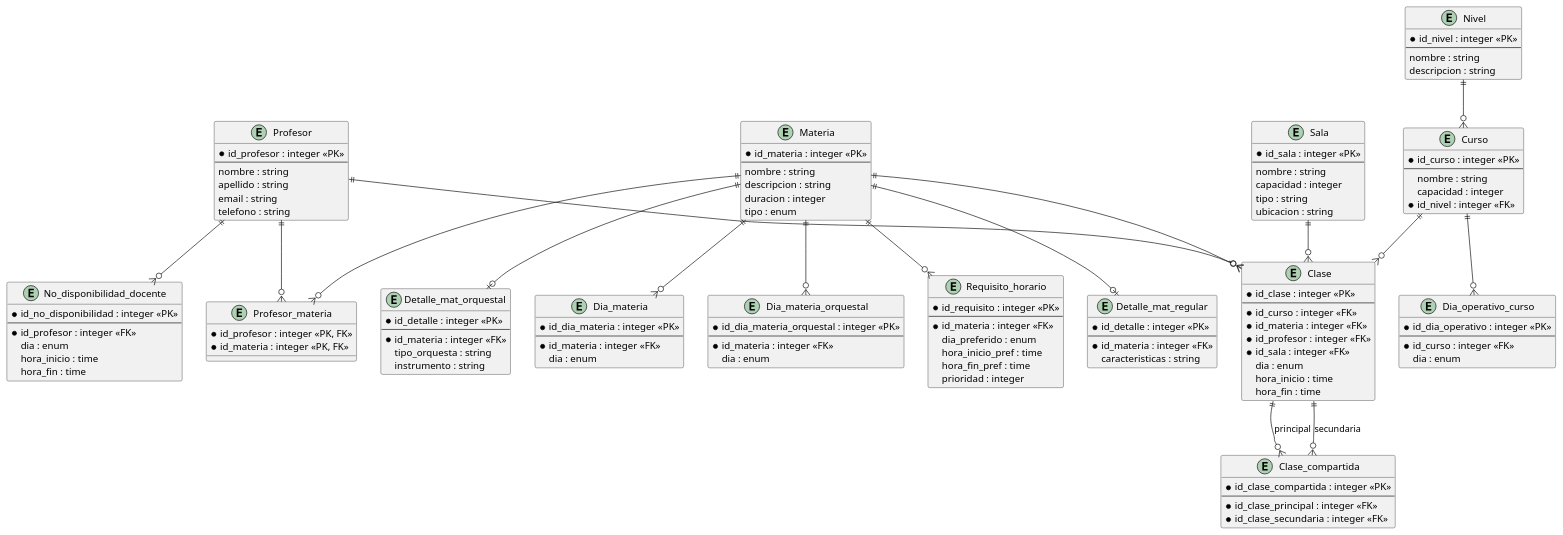
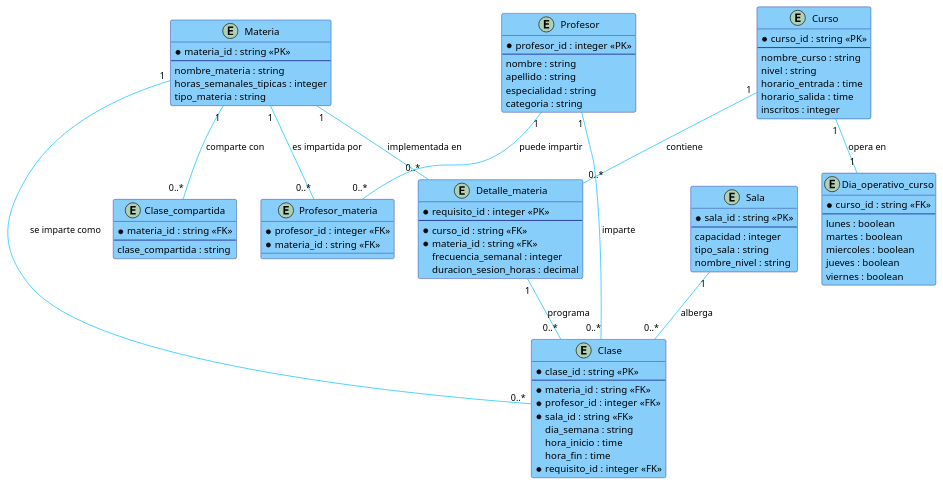
Before and after one commit to AndrewHerrada/Timetabling: the diagram in Figures/modelo_er.puml, drawn with PlantUML. The commit also changed 3 other files, not shown here.

```diff
--- a/Figures/modelo_er.puml
+++ b/Figures/modelo_er.puml
@@ -1,151 +1,104 @@
-@startuml "Modelo Entidad-Relación Sistema de Timetabling"
+@startuml Entidad-relacion
+' Configuración estilo
+skinparam class {
+  BackgroundColor LightSkyBlue
+  ArrowColor DeepSkyBlue
+  BorderColor Navy
+}
 
 ' Entidades principales
+entity "Materia" as materia {
+  *materia_id : string <<PK>>
+  --
+  nombre_materia : string
+  horas_semanales_tipicas : integer
+  tipo_materia : string
+}
+
+entity "Curso" as curso {
+  *curso_id : string <<PK>>
+  --
+  nombre_curso : string
+  nivel : string
+  horario_entrada : time
+  horario_salida : time
+  inscritos : integer
+}
+
 entity "Profesor" as profesor {
-  *id_profesor : integer <<PK>>
+  *profesor_id : integer <<PK>>
   --
   nombre : string
   apellido : string
-  email : string
-  telefono : string
-}
-
-entity "Materia" as materia {
-  *id_materia : integer <<PK>>
-  --
-  nombre : string
-  descripcion : string
-  duracion : integer
-  tipo : enum
-}
-
-entity "Curso" as curso {
-  *id_curso : integer <<PK>>
-  --
-  nombre : string
-  capacidad : integer
-  *id_nivel : integer <<FK>>
-}
-
-entity "Nivel" as nivel {
-  *id_nivel : integer <<PK>>
-  --
-  nombre : string
-  descripcion : string
+  especialidad : string
+  categoria : string
 }
 
 entity "Sala" as sala {
-  *id_sala : integer <<PK>>
+  *sala_id : string <<PK>>
   --
-  nombre : string
   capacidad : integer
-  tipo : string
-  ubicacion : string
+  tipo_sala : string
+  nombre_nivel : string
+}
+
+' Entidades operativas
+entity "Detalle_materia" as detalle_materia {
+  *requisito_id : integer <<PK>>
+  --
+  *curso_id : string <<FK>>
+  *materia_id : string <<FK>>
+  frecuencia_semanal : integer
+  duracion_sesion_horas : decimal
 }
 
 entity "Clase" as clase {
-  *id_clase : integer <<PK>>
+  *clase_id : string <<PK>>
   --
-  *id_curso : integer <<FK>>
-  *id_materia : integer <<FK>>
-  *id_profesor : integer <<FK>>
-  *id_sala : integer <<FK>>
-  dia : enum
+  *materia_id : string <<FK>>
+  *profesor_id : integer <<FK>>
+  *sala_id : string <<FK>>
+  dia_semana : string
   hora_inicio : time
   hora_fin : time
-}
-
-' Entidades especializadas
-entity "Clase_compartida" as clase_compartida {
-  *id_clase_compartida : integer <<PK>>
-  --
-  *id_clase_principal : integer <<FK>>
-  *id_clase_secundaria : integer <<FK>>
-}
-
-entity "Profesor_materia" as profesor_materia {
-  *id_profesor : integer <<PK, FK>>
-  *id_materia : integer <<PK, FK>>
-}
-
-entity "No_disponibilidad_docente" as no_disponibilidad {
-  *id_no_disponibilidad : integer <<PK>>
-  --
-  *id_profesor : integer <<FK>>
-  dia : enum
-  hora_inicio : time
-  hora_fin : time
-}
-
-entity "Dia_materia" as dia_materia {
-  *id_dia_materia : integer <<PK>>
-  --
-  *id_materia : integer <<FK>>
-  dia : enum
-}
-
-entity "Dia_materia_orquestal" as dia_materia_orq {
-  *id_dia_materia_orquestal : integer <<PK>>
-  --
-  *id_materia : integer <<FK>>
-  dia : enum
+  *requisito_id : integer <<FK>>
 }
 
 entity "Dia_operativo_curso" as dia_operativo {
-  *id_dia_operativo : integer <<PK>>
+  *curso_id : string <<FK>>
   --
-  *id_curso : integer <<FK>>
-  dia : enum
+  lunes : boolean
+  martes : boolean
+  miercoles : boolean
+  jueves : boolean
+  viernes : boolean
 }
 
-entity "Requisito_horario" as requisito {
-  *id_requisito : integer <<PK>>
-  --
-  *id_materia : integer <<FK>>
-  dia_preferido : enum
-  hora_inicio_pref : time
-  hora_fin_pref : time
-  prioridad : integer
+' Tablas intermedias (relaciones muchos a muchos)
+entity "Profesor_materia" as profesor_materia {
+  *profesor_id : integer <<FK>>
+  *materia_id : string <<FK>>
 }
 
-entity "Detalle_mat_regular" as detalle_regular {
-  *id_detalle : integer <<PK>>
+entity "Clase_compartida" as clase_compartida {
+  *materia_id : string <<FK>>
   --
-  *id_materia : integer <<FK>>
-  caracteristicas : string
-}
-
-entity "Detalle_mat_orquestal" as detalle_orquestal {
-  *id_detalle : integer <<PK>>
-  --
-  *id_materia : integer <<FK>>
-  tipo_orquesta : string
-  instrumento : string
+  clase_compartida : string
 }
 
 ' Relaciones
-profesor ||--o{ profesor_materia
-materia ||--o{ profesor_materia
+materia "1" -- "0..*" detalle_materia : implementada en
+materia "1" -- "0..*" clase : se imparte como
+materia "1" -- "0..*" profesor_materia : es impartida por
+materia "1" -- "0..*" clase_compartida : comparte con
 
-profesor ||--o{ no_disponibilidad
+curso "1" -- "0..*" detalle_materia : contiene
+curso "1" -- "1" dia_operativo : opera en
 
-nivel ||--o{ curso
+profesor "1" -- "0..*" clase : imparte
+profesor "1" -- "0..*" profesor_materia : puede impartir
 
-materia ||--o{ dia_materia
-materia ||--o{ dia_materia_orq
-materia ||--o{ requisito
+sala "1" -- "0..*" clase : alberga
 
-curso ||--o{ dia_operativo
-curso ||--o{ clase
-
-materia ||--o{ clase
-profesor ||--o{ clase
-sala ||--o{ clase
-
-clase ||--o{ clase_compartida : "principal"
-clase ||--o{ clase_compartida : "secundaria"
-
-materia ||--o| detalle_regular
-materia ||--o| detalle_orquestal
-
+detalle_materia "1" -- "0..*" clase : programa
 @enduml
```
